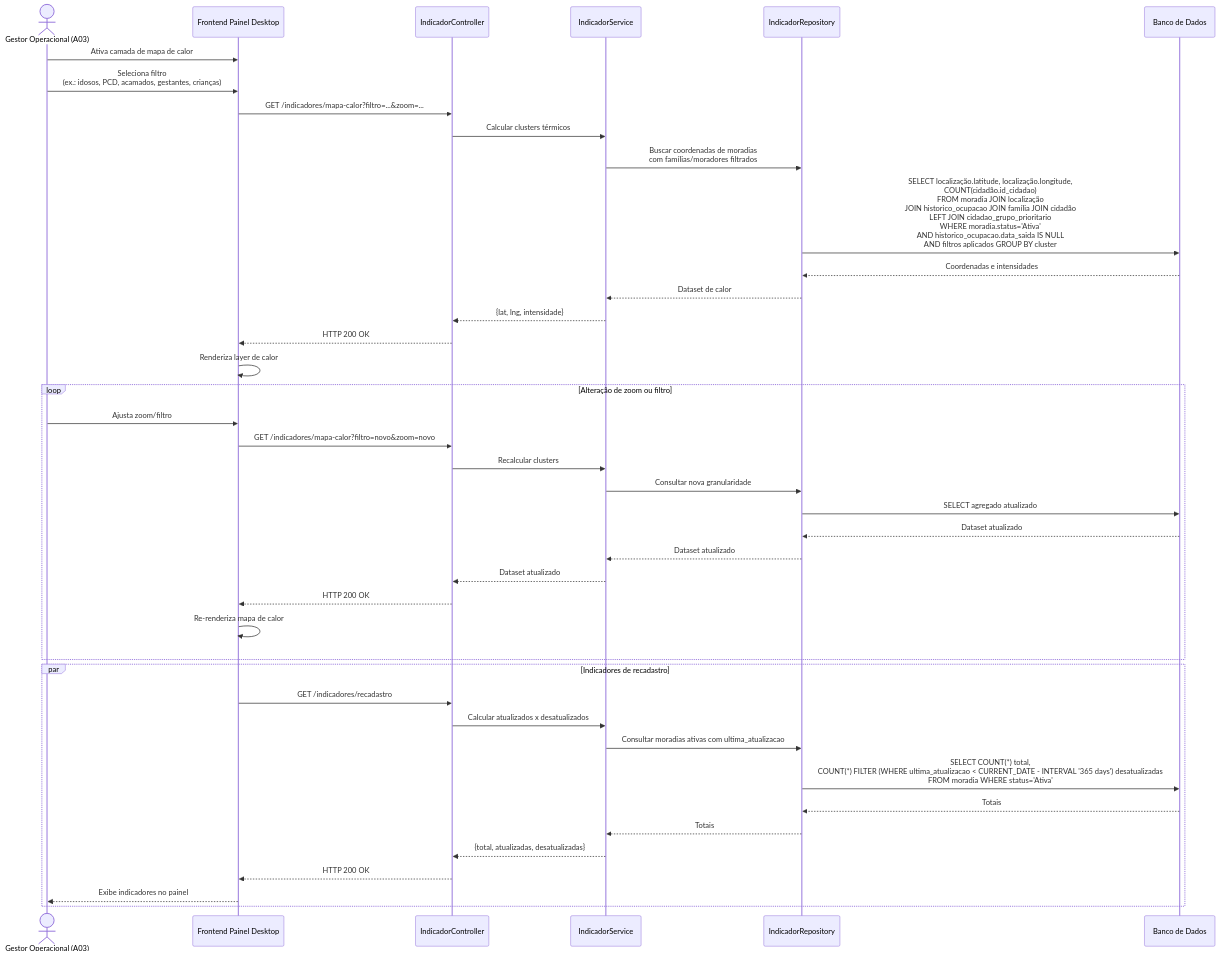
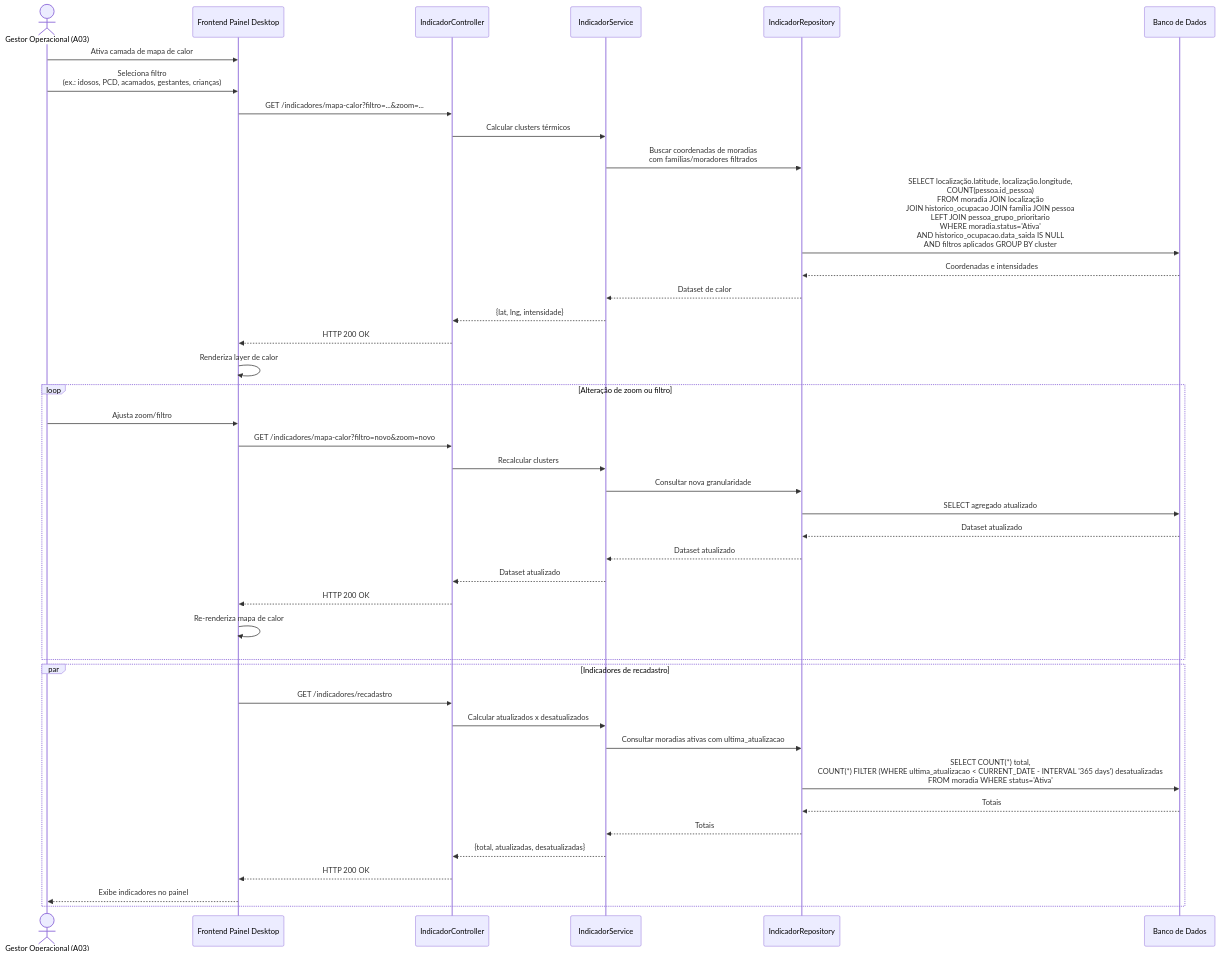
The seventh of 12 diagrams in documentos/wad.md (davitricarico-wq/g03), drawn with Mermaid before and after one commit. The commit also changed other lines of this file, not shown here.

Commit message:
doc(diagrama-sequencia-3.2.4): atualização dos diagramas, alterando nomenclaturas de entidades, endpoints implementados. Deixando de acordo com escopo atual. [card#153]

````diff
--- a/documentos/wad.md
+++ b/documentos/wad.md
@@ -911,47 +900,47 @@
 ```mermaid
 sequenceDiagram
     actor Gestor as Gestor Operacional (A03)
     participant Frontend as Frontend Painel Desktop
     participant Controller as IndicadorController
     participant Service as IndicadorService
     participant Repository as IndicadorRepository
     participant DB as Banco de Dados
 
     Gestor->>Frontend: Ativa camada de mapa de calor
     Gestor->>Frontend: Seleciona filtro<br/>(ex.: idosos, PCD, acamados, gestantes, crianças)
 
     Frontend->>Controller: GET /indicadores/mapa-calor?filtro=...&zoom=...
     Controller->>Service: Calcular clusters térmicos
     Service->>Repository: Buscar coordenadas de moradias<br/>com famílias/moradores filtrados
-    Repository->>DB: SELECT localização.latitude, localização.longitude,<br/>COUNT(cidadão.id_cidadao)<br/>FROM moradia JOIN localização<br/>JOIN historico_ocupacao JOIN família JOIN cidadão<br/>LEFT JOIN cidadao_grupo_prioritario<br/>WHERE moradia.status='Ativa'<br/>AND historico_ocupacao.data_saida IS NULL<br/>AND filtros aplicados GROUP BY cluster
+    Repository->>DB: SELECT localização.latitude, localização.longitude,<br/>COUNT(pessoa.id_pessoa)<br/>FROM moradia JOIN localização<br/>JOIN historico_ocupacao JOIN família JOIN pessoa<br/>LEFT JOIN pessoa_grupo_prioritario<br/>WHERE moradia.status='Ativa'<br/>AND historico_ocupacao.data_saida IS NULL<br/>AND filtros aplicados GROUP BY cluster
     DB-->>Repository: Coordenadas e intensidades
     Repository-->>Service: Dataset de calor
     Service-->>Controller: {lat, lng, intensidade}
     Controller-->>Frontend: HTTP 200 OK
     Frontend->>Frontend: Renderiza layer de calor
 
     loop Alteração de zoom ou filtro
         Gestor->>Frontend: Ajusta zoom/filtro
         Frontend->>Controller: GET /indicadores/mapa-calor?filtro=novo&zoom=novo
         Controller->>Service: Recalcular clusters
         Service->>Repository: Consultar nova granularidade
         Repository->>DB: SELECT agregado atualizado
         DB-->>Repository: Dataset atualizado
         Repository-->>Service: Dataset atualizado
         Service-->>Controller: Dataset atualizado
         Controller-->>Frontend: HTTP 200 OK
         Frontend->>Frontend: Re-renderiza mapa de calor
     end
 
     par Indicadores de recadastro
         Frontend->>Controller: GET /indicadores/recadastro
         Controller->>Service: Calcular atualizados x desatualizados
         Service->>Repository: Consultar moradias ativas com ultima_atualizacao
         Repository->>DB: SELECT COUNT(*) total,<br/>COUNT(*) FILTER (WHERE ultima_atualizacao < CURRENT_DATE - INTERVAL '365 days') desatualizadas<br/>FROM moradia WHERE status='Ativa'
         DB-->>Repository: Totais
         Repository-->>Service: Totais
         Service-->>Controller: {total, atualizadas, desatualizadas}
         Controller-->>Frontend: HTTP 200 OK
         Frontend-->>Gestor: Exibe indicadores no painel
     end
 ```
````
